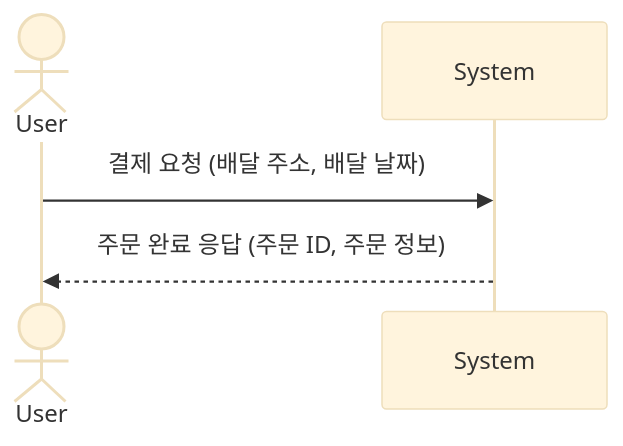
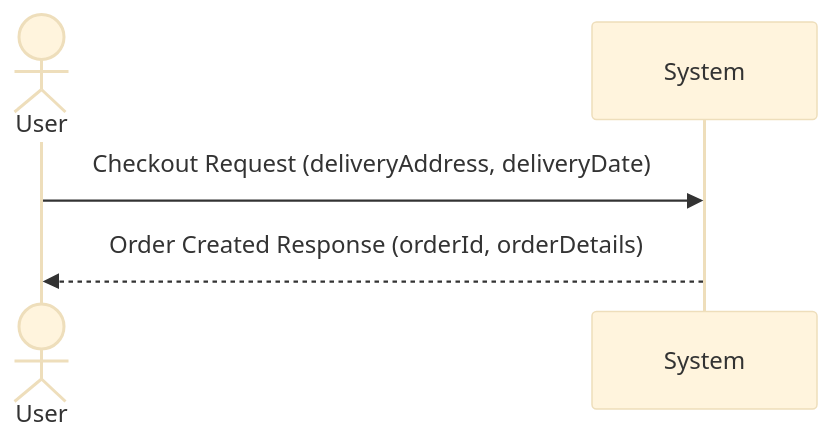
The fifth of 11 diagrams in docs/system-sequence-diagrams.md (Ddogan-zip/ddoganzip-backend), drawn with Mermaid (base theme) before and after one commit. The commit also changed other lines of this file, not shown here.

First line of the commit message:
Update sequence diagram messages to English

````diff
--- a/docs/system-sequence-diagrams.md
+++ b/docs/system-sequence-diagrams.md
@@ -67,8 +67,8 @@
 ```mermaid
 sequenceDiagram
     actor User
     participant System
 
-    User->>System: 결제 요청 (배달 주소, 배달 날짜)
-    System-->>User: 주문 완료 응답 (주문 ID, 주문 정보)
+    User->>System: Checkout Request (deliveryAddress, deliveryDate)
+    System-->>User: Order Created Response (orderId, orderDetails)
 ```
````
